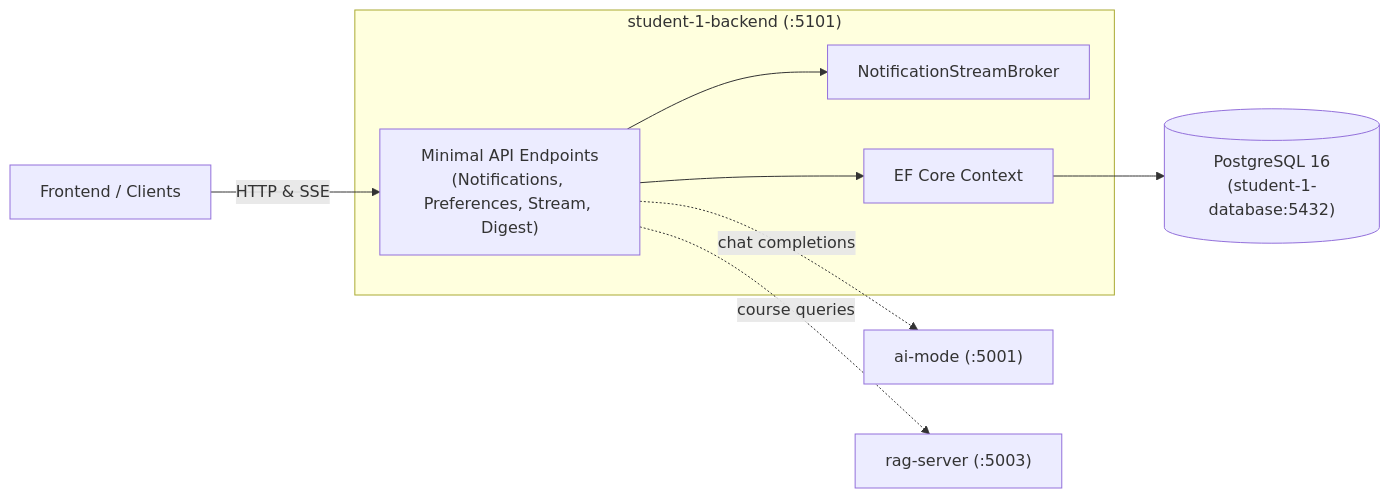
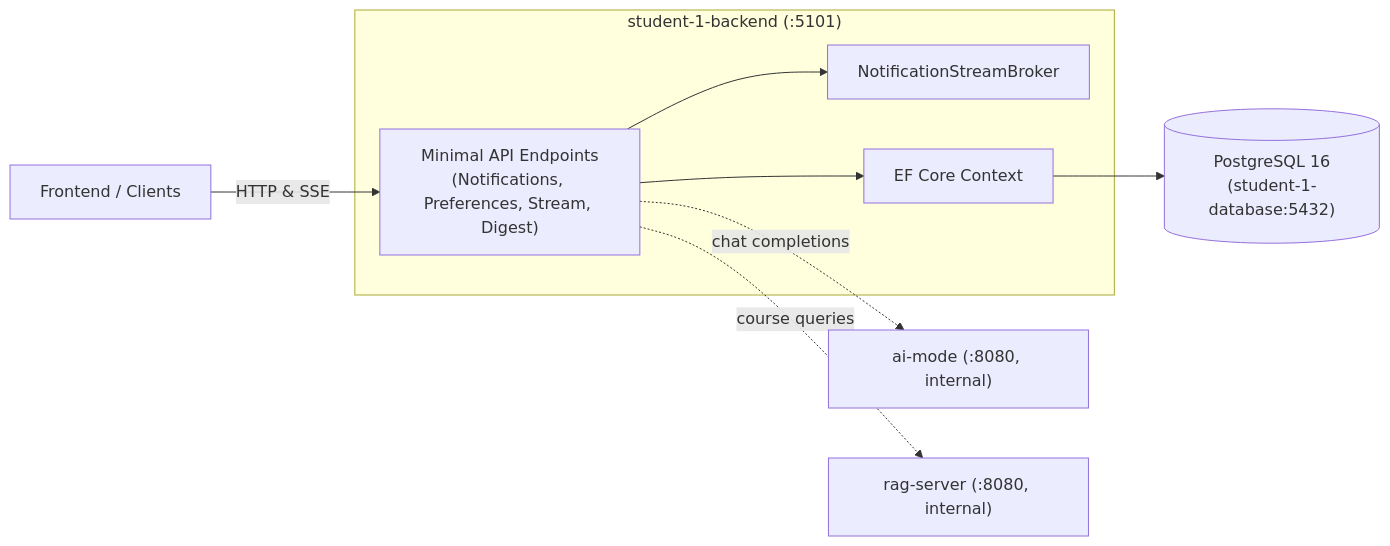
The diagram in student-1/backend/README.md (AmAComputerNerd/41026--software-development-project), drawn with Mermaid before and after one commit. The commit also changed 31 other files, not shown here.

````diff
--- a/student-1/backend/README.md
+++ b/student-1/backend/README.md
@@ -5,15 +5,15 @@
 ```mermaid
 flowchart LR
     subgraph S1Backend["student-1-backend (:5101)"]
         Endpoints["Minimal API Endpoints<br>(Notifications, Preferences, Stream, Digest)"]
         Broker["NotificationStreamBroker"]
         EF["EF Core Context"]
     end
 
     Client["Frontend / Clients"] -- "HTTP & SSE" --> Endpoints
     Endpoints --> Broker
     Endpoints --> EF
     EF --> PG[("PostgreSQL 16<br>(student-1-database:5432)")]
-    Endpoints -. "chat completions" .-> AIM["ai-mode (:5001)"]
-    Endpoints -. "course queries" .-> RAG["rag-server (:5003)"]
+    Endpoints -. "chat completions" .-> AIM["ai-mode (:8080, internal)"]
+    Endpoints -. "course queries" .-> RAG["rag-server (:8080, internal)"]
 ```
````
